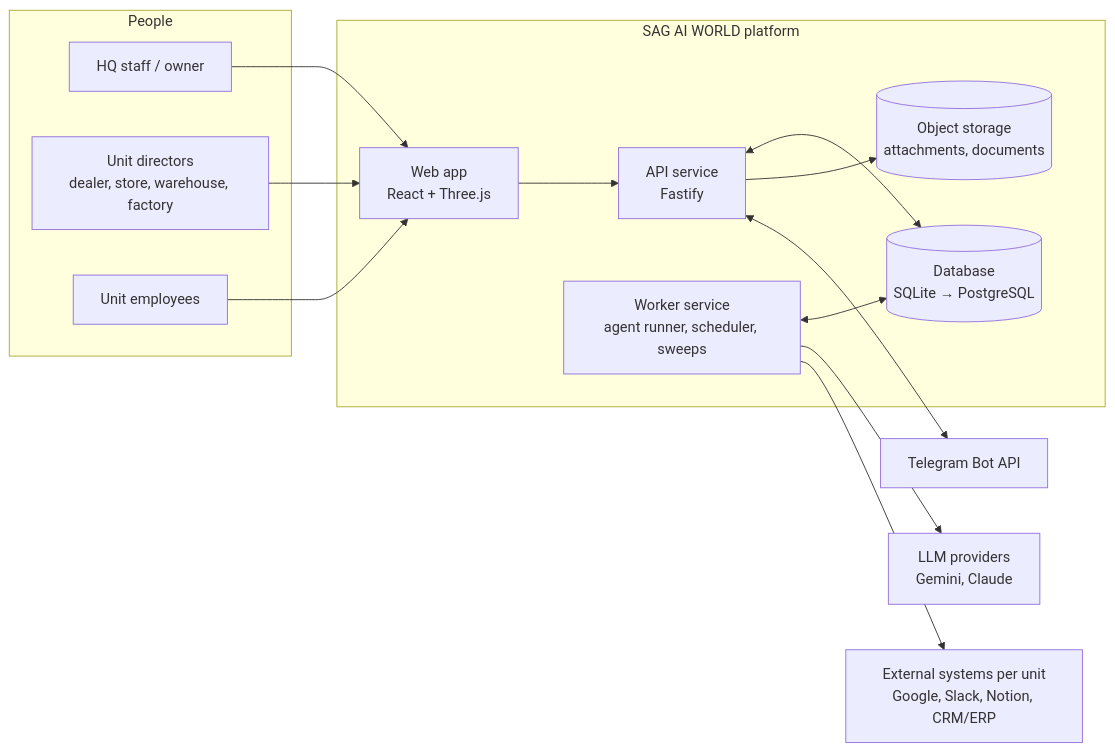
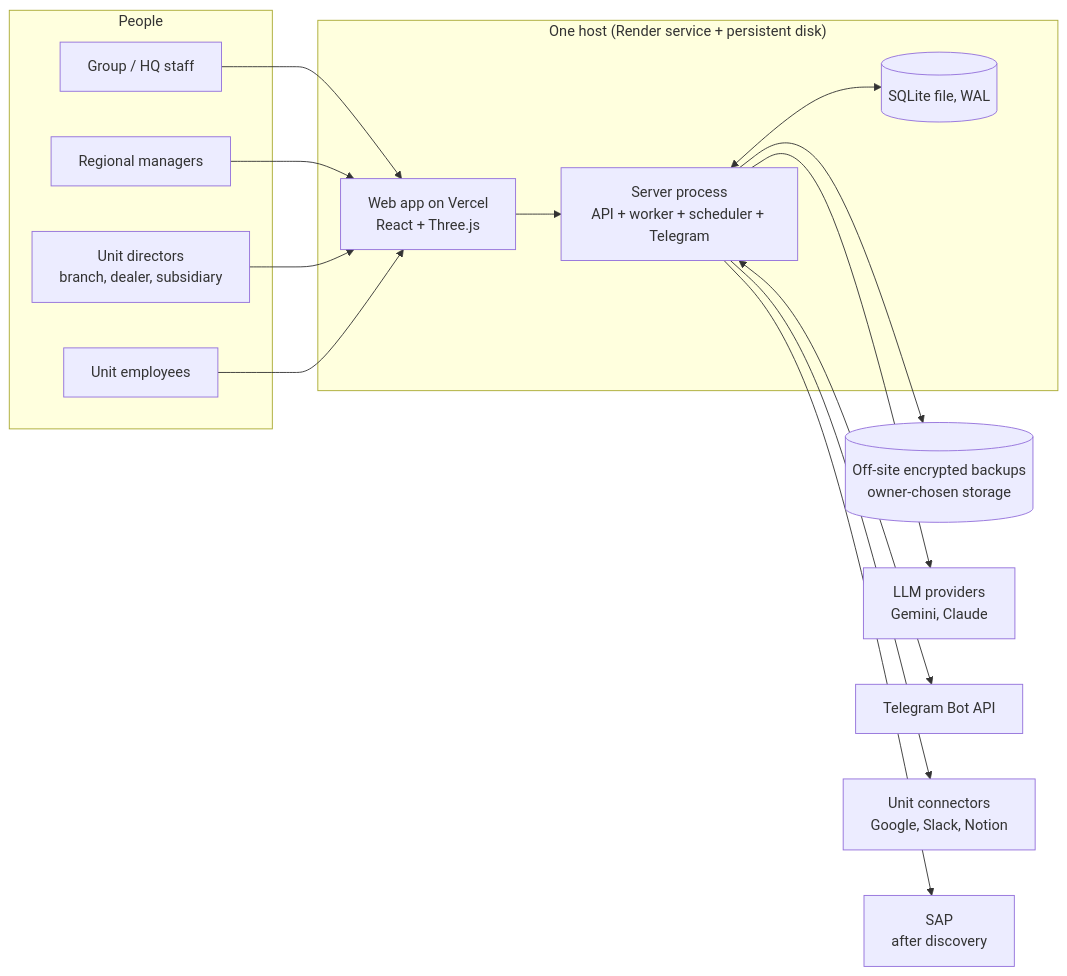
The first of 6 diagrams in docs/SAG_WORLD_ARCHITECTURE.md (iwyoqar/sag-ai-office), drawn with Mermaid before and after one commit. The commit also changed other lines of this file and 5 other files, not shown here.

First line of the commit message:
Docs: apply owner decisions to SAG World design and plan W0 hardening

````diff
--- a/docs/SAG_WORLD_ARCHITECTURE.md
+++ b/docs/SAG_WORLD_ARCHITECTURE.md
@@ -32,26 +42,25 @@
 ```mermaid
 flowchart LR
   subgraph People
-    HQU[HQ staff / owner]
-    BUD[Unit directors<br/>dealer, store, warehouse, factory]
+    GRP[Group / HQ staff]
+    REG[Regional managers]
+    BUD[Unit directors<br/>branch, dealer, subsidiary]
     EMP[Unit employees]
   end
-  subgraph Platform["SAG AI WORLD platform"]
-    WEB[Web app<br/>React + Three.js]
-    API[API service<br/>Fastify]
-    WRK[Worker service<br/>agent runner, scheduler, sweeps]
-    DB[(Database<br/>SQLite → PostgreSQL)]
-    OBJ[(Object storage<br/>attachments, documents)]
+  subgraph Host["One host (Render service + persistent disk)"]
+    WEB[Web app on Vercel<br/>React + Three.js] 
+    APP[Server process<br/>API + worker + scheduler + Telegram]
+    DB[(SQLite file, WAL)]
   end
+  BK[(Off-site encrypted backups<br/>owner-chosen storage)]
   LLM[LLM providers<br/>Gemini, Claude]
   TG[Telegram Bot API]
-  EXT[External systems per unit<br/>Google, Slack, Notion, CRM/ERP]
+  EXT[Unit connectors<br/>Google, Slack, Notion]
+  SAP[SAP<br/>after discovery]
 
-  HQU & BUD & EMP --> WEB --> API
-  API <--> DB
-  WRK <--> DB
-  API --> OBJ
-  WRK --> LLM
-  WRK --> EXT
-  API <--> TG
+  GRP & REG & BUD & EMP --> WEB --> APP
+  APP <--> DB
+  APP --> BK
+  APP --> LLM & EXT & SAP
+  APP <--> TG
 ```
````
